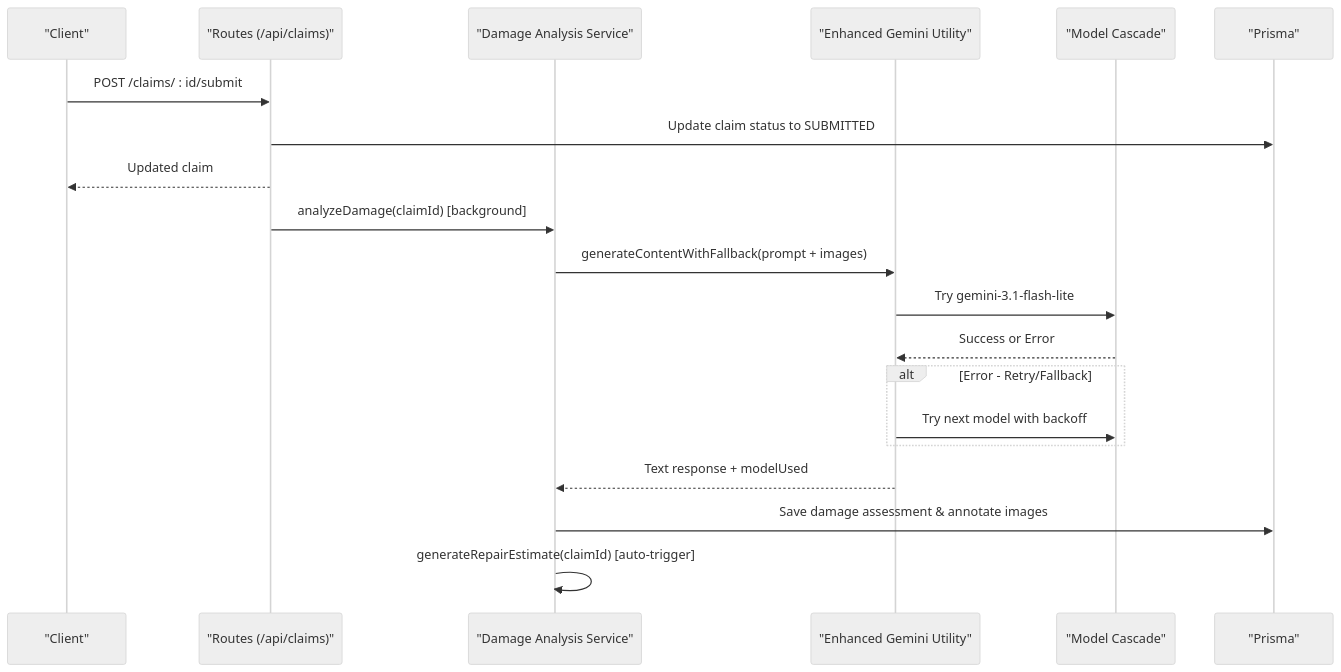
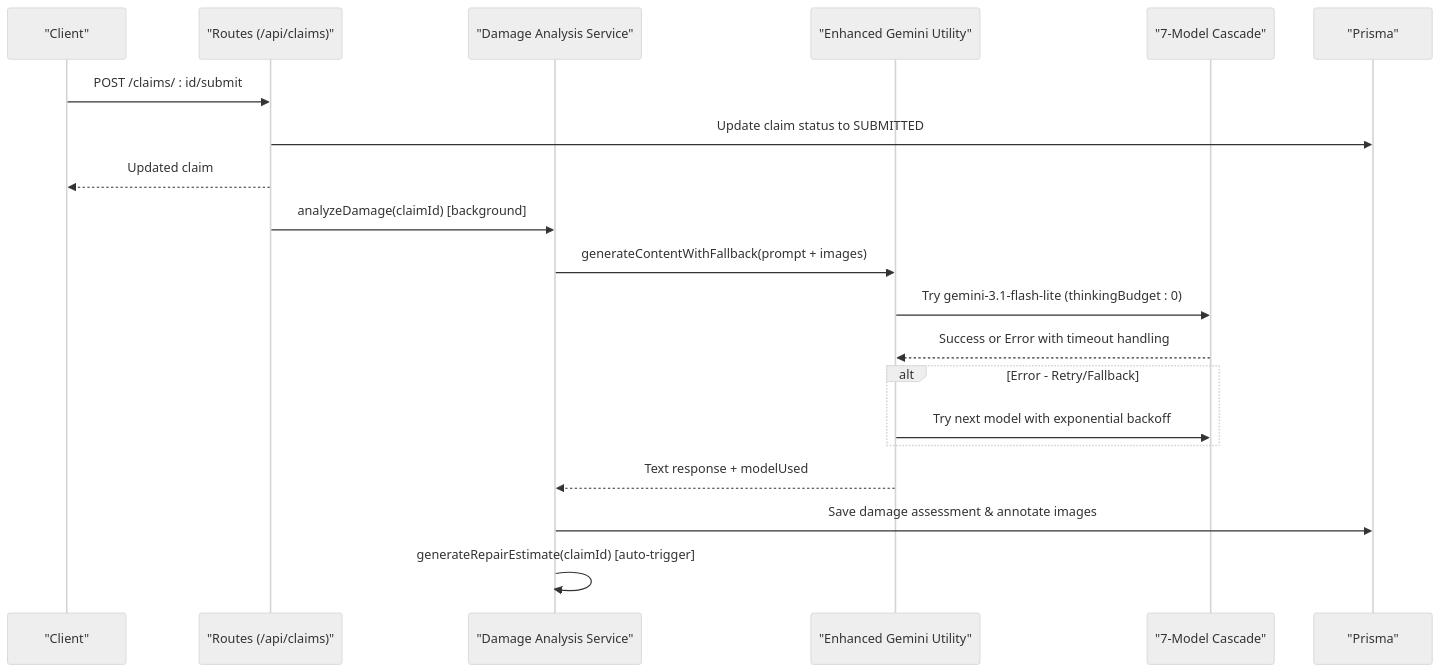
Before and after one commit to NaveenHiranya/Smart-Vehicle-Insurance-Claim-System: the second of 9 diagrams in .qoder/repowiki/en/content/AI Services Integration/AI Services Integration.md, drawn with Mermaid (neutral theme). The commit also changed other lines of this file and 33 other files, not shown here.

````diff
--- a/.qoder/repowiki/en/content/AI Services Integration/AI Services Integration.md
+++ b/.qoder/repowiki/en/content/AI Services Integration/AI Services Integration.md
@@ -96,22 +100,22 @@
 ```mermaid
 sequenceDiagram
 participant C as "Client"
 participant R as "Routes (/api/claims)"
 participant D as "Damage Analysis Service"
 participant G as "Enhanced Gemini Utility"
-participant MC as "Model Cascade"
+participant MC as "7-Model Cascade"
 participant P as "Prisma"
 C->>R : POST /claims/ : id/submit
 R->>P : Update claim status to SUBMITTED
 R-->>C : Updated claim
 R->>D : analyzeDamage(claimId) [background]
 D->>G : generateContentWithFallback(prompt + images)
-G->>MC : Try gemini-3.1-flash-lite
-MC-->>G : Success or Error
+G->>MC : Try gemini-3.1-flash-lite (thinkingBudget : 0)
+MC-->>G : Success or Error with timeout handling
 alt Error - Retry/Fallback
-G->>MC : Try next model with backoff
+G->>MC : Try next model with exponential backoff
 end
 G-->>D : Text response + modelUsed
 D->>P : Save damage assessment & annotate images
 D->>D : generateRepairEstimate(claimId) [auto-trigger]
 ```
````
